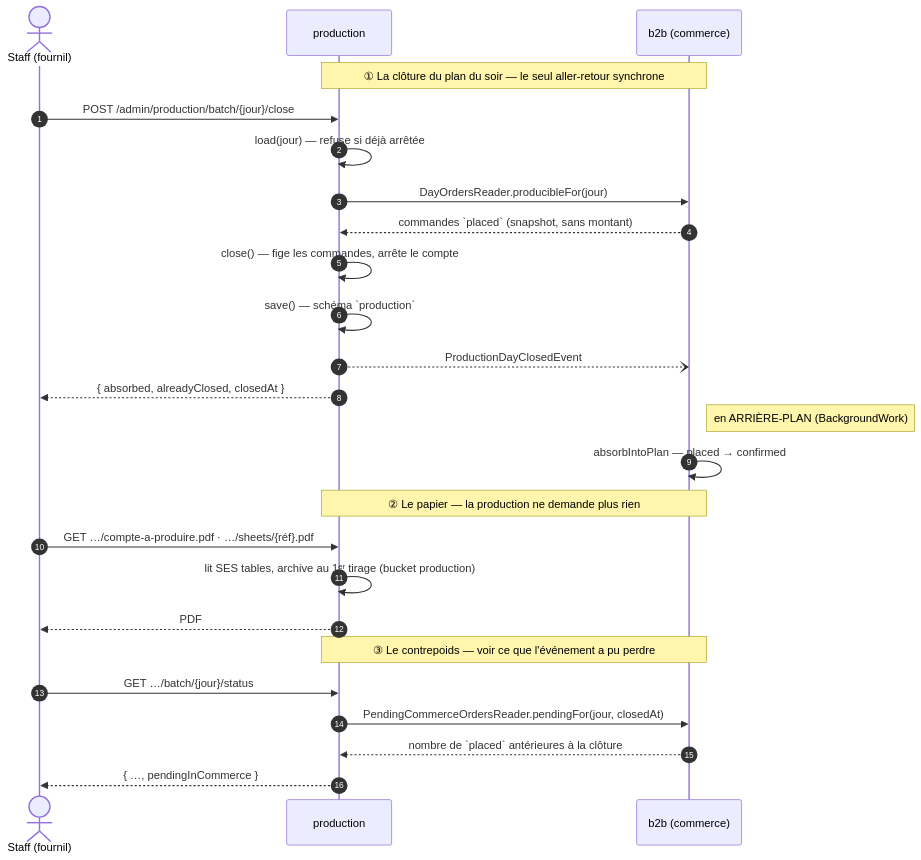
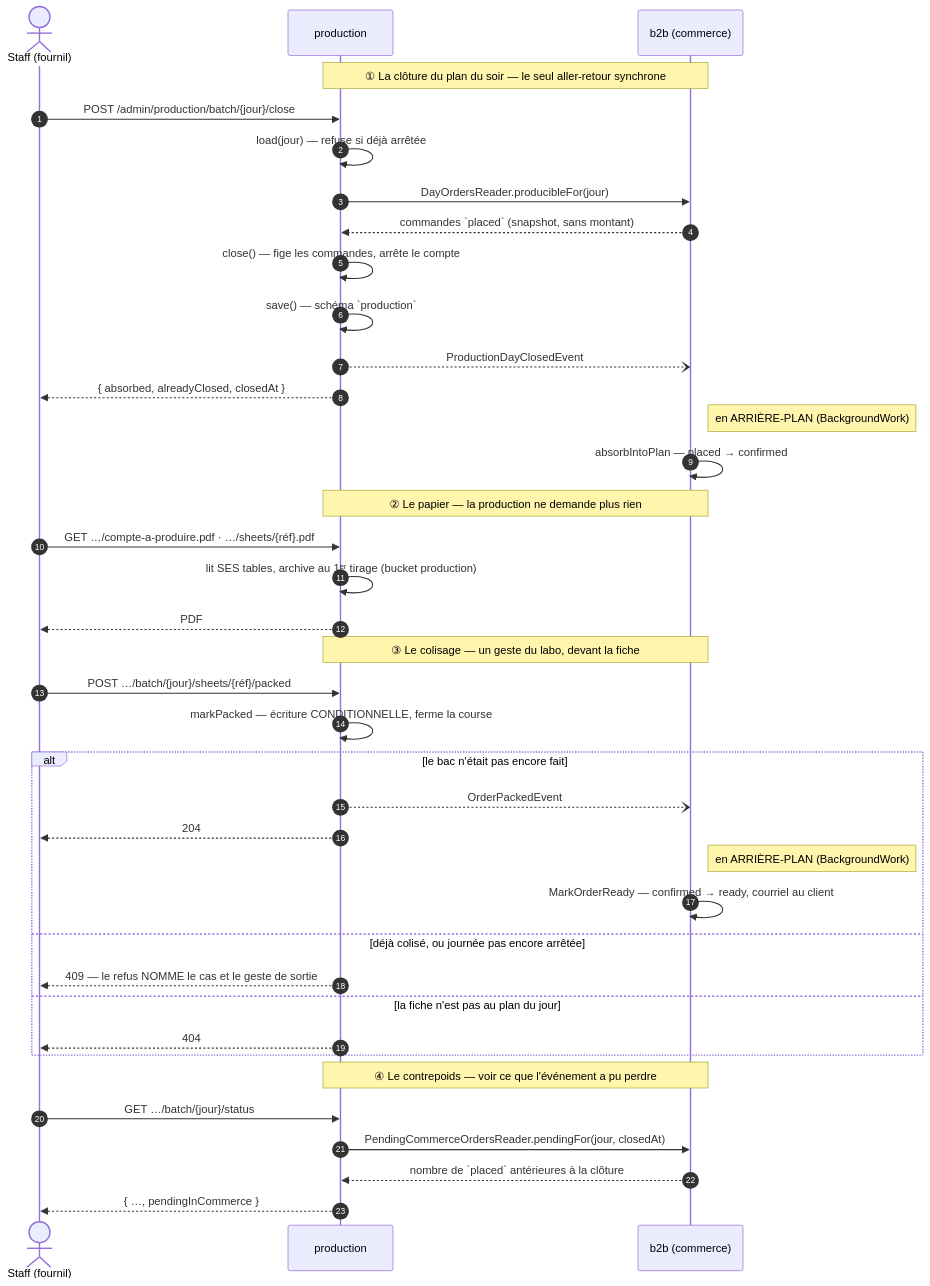
The diagram in documentation/production/architecture-contexte-production.md (hugoheynard/lfd), drawn with Mermaid before and after one commit. The commit also changed other lines of this file, not shown here.

Commit message:
docs(production): le schéma montre le colisage, et ce que son refus rend
Le dossier décrivait trois échanges ; il y en a quatre depuis que le bac se
remplit au fournil. Un schéma qui saute le geste qu'on fait tous les soirs
laisse croire qu'une commande devient prête toute seule à la clôture.

Les deux catégories de refus sont distinguées, parce qu'un 404 et un 409 ne se
rattrapent pas pareil : la fiche absente du plan est une erreur de scan, la
journée non arrêtée est un ordre d'opérations.

````diff
--- a/documentation/production/architecture-contexte-production.md
+++ b/documentation/production/architecture-contexte-production.md
@@ -36,30 +36,44 @@
 ```mermaid
 sequenceDiagram
     autonumber
     actor Staff as Staff (fournil)
     participant P as production
     participant B as b2b (commerce)
 
     Note over P,B: ① La clôture du plan du soir — le seul aller-retour synchrone
     Staff->>P: POST /admin/production/batch/{jour}/close
     P->>P: load(jour) — refuse si déjà arrêtée
     P->>B: DayOrdersReader.producibleFor(jour)
     B-->>P: commandes `placed` (snapshot, sans montant)
     P->>P: close() — fige les commandes, arrête le compte
     P->>P: save() — schéma `production`
     P--)B: ProductionDayClosedEvent
     P-->>Staff: { absorbed, alreadyClosed, closedAt }
     Note right of B: en ARRIÈRE-PLAN (BackgroundWork)
     B->>B: absorbIntoPlan — placed → confirmed
 
     Note over P,B: ② Le papier — la production ne demande plus rien
     Staff->>P: GET …/compte-a-produire.pdf · …/sheets/{réf}.pdf
     P->>P: lit SES tables, archive au 1ᵉʳ tirage (bucket production)
     P-->>Staff: PDF
 
-    Note over P,B: ③ Le contrepoids — voir ce que l'événement a pu perdre
+    Note over P,B: ③ Le colisage — un geste du labo, devant la fiche
+    Staff->>P: POST …/batch/{jour}/sheets/{réf}/packed
+    P->>P: markPacked — écriture CONDITIONNELLE, ferme la course
+    alt le bac n'était pas encore fait
+        P--)B: OrderPackedEvent
+        P-->>Staff: 204
+        Note right of B: en ARRIÈRE-PLAN (BackgroundWork)
+        B->>B: MarkOrderReady — confirmed → ready, courriel au client
+    else déjà colisé, ou journée pas encore arrêtée
+        P-->>Staff: 409 — le refus NOMME le cas et le geste de sortie
+    else la fiche n'est pas au plan du jour
+        P-->>Staff: 404
+    end
+
+    Note over P,B: ④ Le contrepoids — voir ce que l'événement a pu perdre
     Staff->>P: GET …/batch/{jour}/status
     P->>B: PendingCommerceOrdersReader.pendingFor(jour, closedAt)
     B-->>P: nombre de `placed` antérieures à la clôture
     P-->>Staff: { …, pendingInCommerce }
 ```
````
